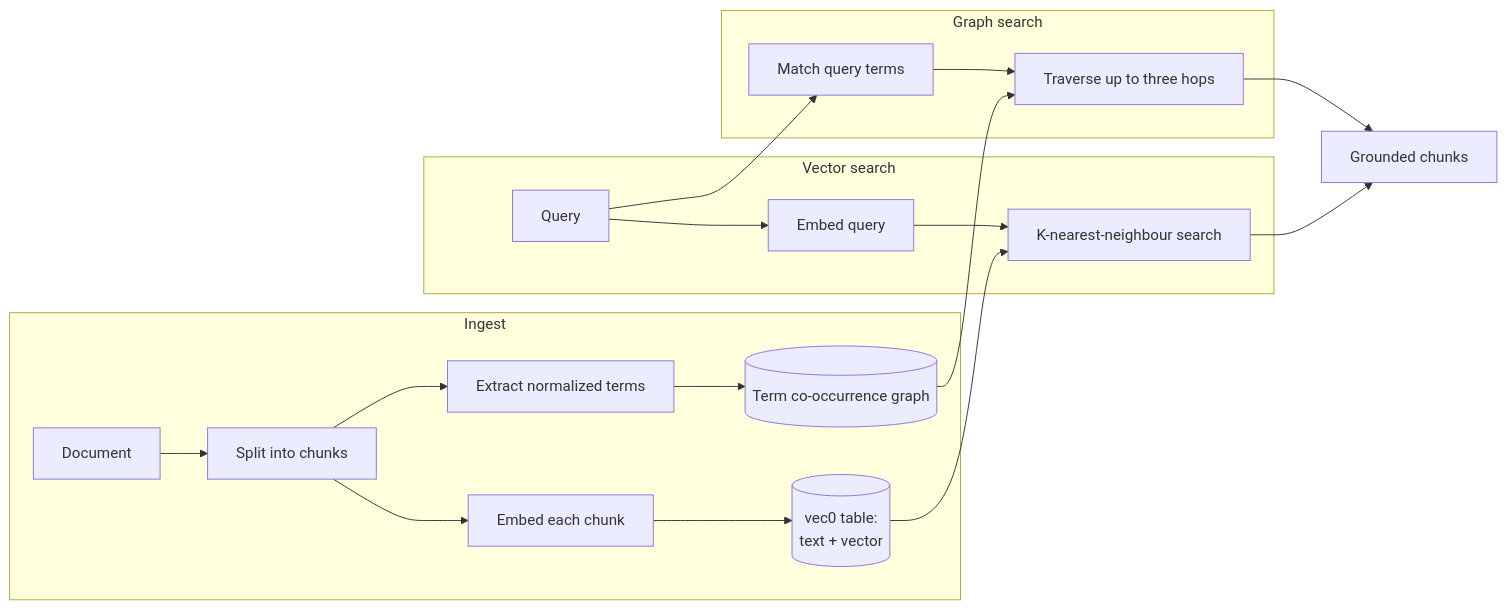
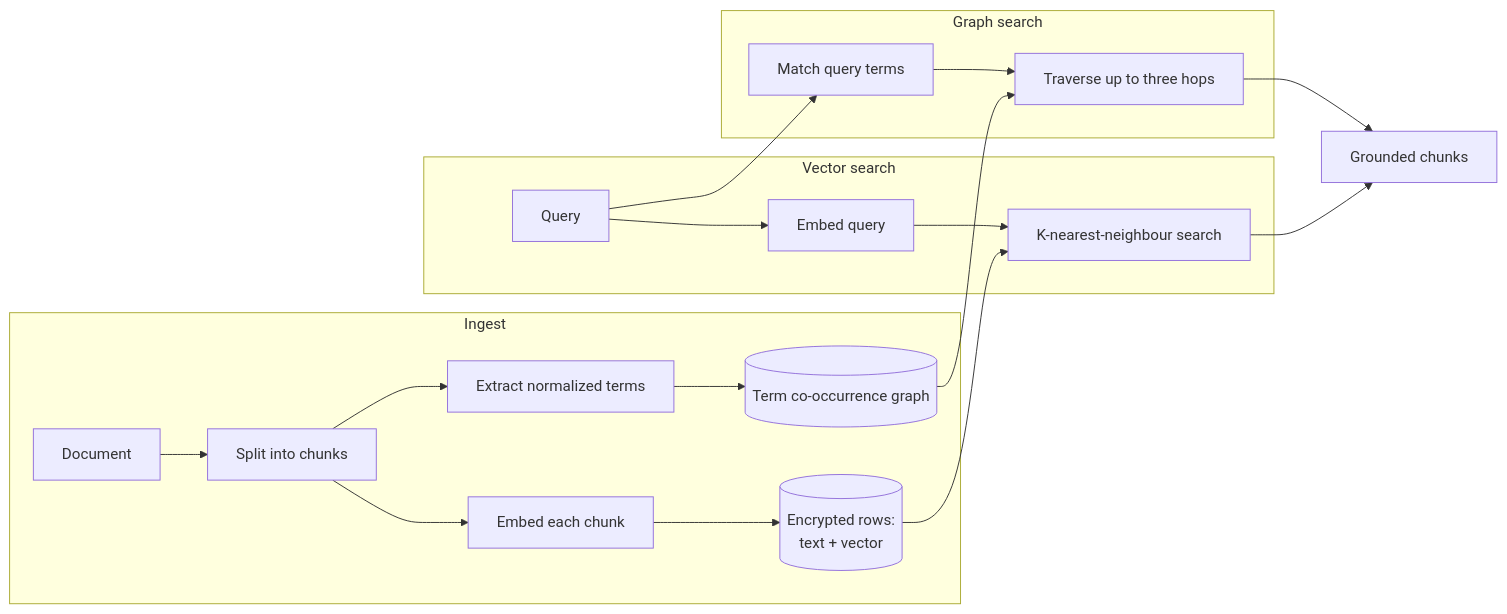
The diagram in content/docs/core/spaces-rag.mdx (amajorai/ryu-docs), drawn with Mermaid before and after one commit. The commit also changed other lines of this file and 2538 other files, not shown here.

````diff
--- a/content/docs/core/spaces-rag.mdx
+++ b/content/docs/core/spaces-rag.mdx
@@ -137,22 +145,22 @@
 ```mermaid
 flowchart LR
   subgraph Ingest
     Doc[Document] --> Chunk[Split into chunks]
     Chunk --> Emb[Embed each chunk]
-    Emb --> Store[(vec0 table:<br/>text + vector)]
+    Emb --> Store[(Encrypted rows:<br/>text + vector)]
     Chunk --> Terms[Extract normalized terms]
     Terms --> Graph[(Term co-occurrence graph)]
   end
   subgraph Vector search
     Q[Query] --> QEmb[Embed query]
     QEmb --> KNN[K-nearest-neighbour search]
     Store --> KNN
   end
   subgraph Graph search
     Q --> QTerms[Match query terms]
     QTerms --> Walk[Traverse up to three hops]
     Graph --> Walk
   end
   KNN --> Res[Grounded chunks]
   Walk --> Res
 ```
````
